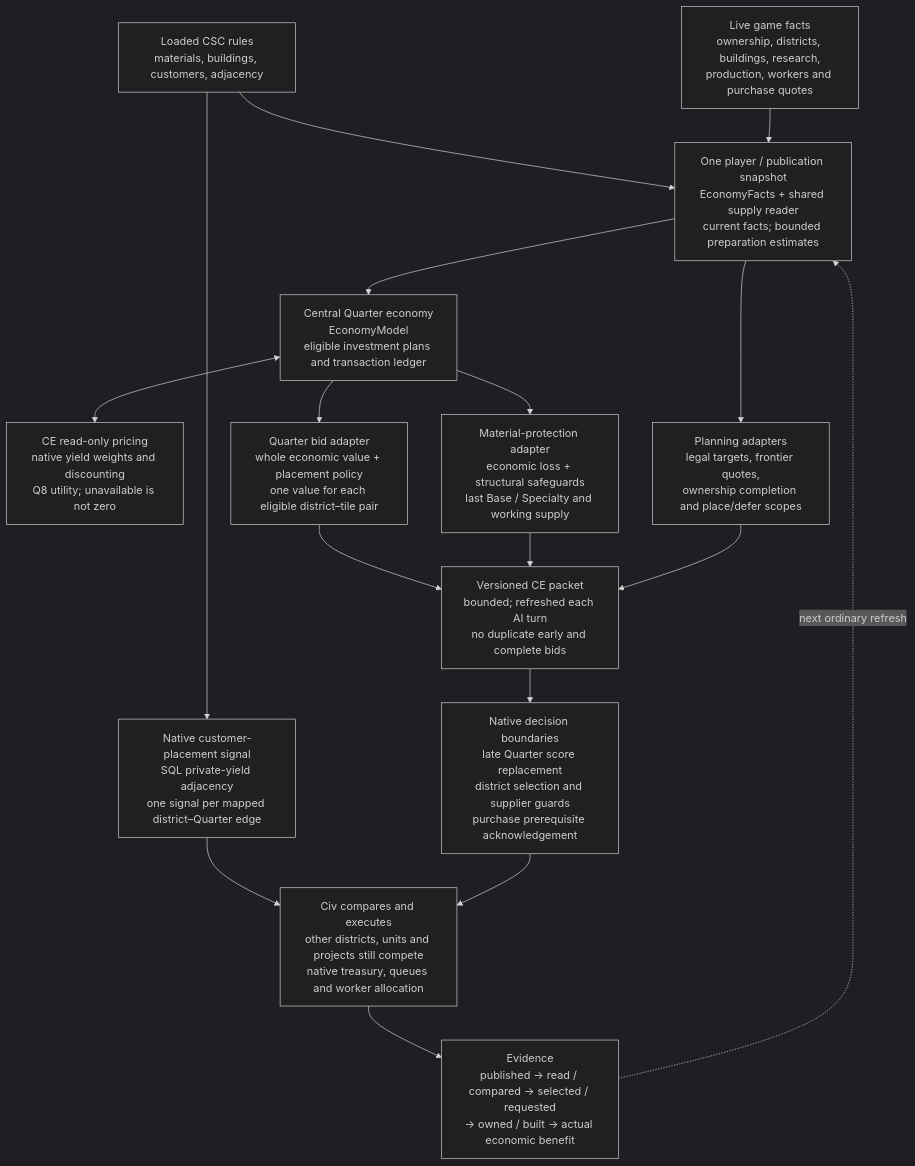
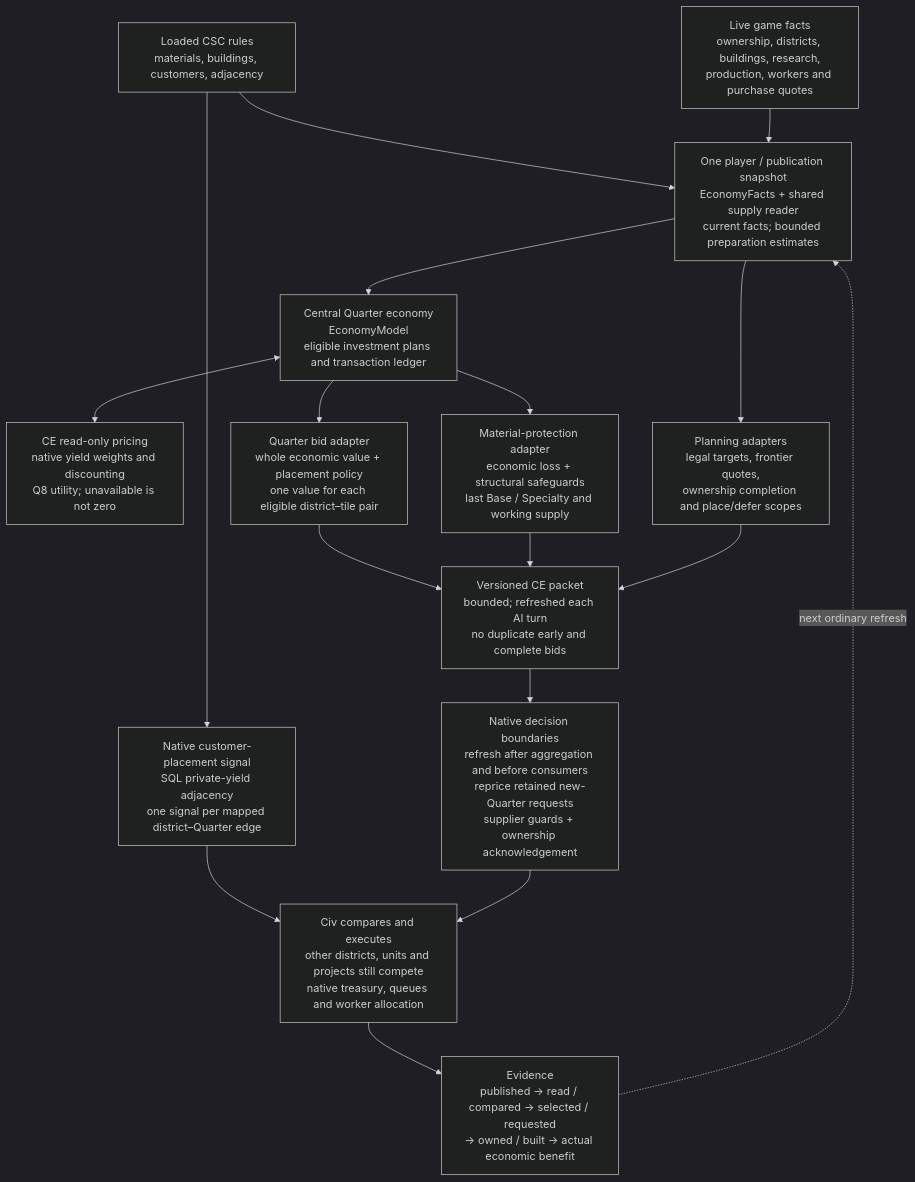
The diagram in project/docs/civ6-ai/architecture.md (hennogous/Henno-Mods), drawn with Mermaid (dark theme) before and after one commit. The commit also changed other lines of this file and 21 other files, not shown here.

Commit message:
Own Quarter site bids across native planning consumers

````diff
--- a/project/docs/civ6-ai/architecture.md
+++ b/project/docs/civ6-ai/architecture.md
@@ -20,32 +23,32 @@
 ```mermaid
 flowchart TD
     DB["Loaded CSC rules<br/>materials, buildings, customers, adjacency"]
     LIVE["Live game facts<br/>ownership, districts, buildings, research,<br/>production, workers and purchase quotes"]
     FACTS["One player / publication snapshot<br/>EconomyFacts + shared supply reader<br/>current facts; bounded preparation estimates"]
     MODEL["Central Quarter economy<br/>EconomyModel<br/>eligible investment plans and transaction ledger"]
     PRICE["CE read-only pricing<br/>native yield weights and discounting<br/>Q8 utility; unavailable is not zero"]
     SITE["Quarter bid adapter<br/>whole economic value + placement policy<br/>one value for each eligible district–tile pair"]
     PROTECT["Material-protection adapter<br/>economic loss + structural safeguards<br/>last Base / Specialty and working supply"]
     PLAN["Planning adapters<br/>legal targets, frontier quotes,<br/>ownership completion and place/defer scopes"]
     SQL["Native customer-placement signal<br/>SQL private-yield adjacency<br/>one signal per mapped district–Quarter edge"]
     PACKET["Versioned CE packet<br/>bounded; refreshed each AI turn<br/>no duplicate early and complete bids"]
-    CE["Native decision boundaries<br/>late Quarter score replacement<br/>district selection and supplier guards<br/>purchase prerequisite acknowledgement"]
+    CE["Native decision boundaries<br/>refresh after aggregation and before consumers<br/>reprice retained new-Quarter requests<br/>supplier guards + ownership acknowledgement"]
     CIV["Civ compares and executes<br/>other districts, units and projects still compete<br/>native treasury, queues and worker allocation"]
     OBS["Evidence<br/>published → read / compared → selected / requested<br/>→ owned / built → actual economic benefit"]
     DB --> FACTS
     LIVE --> FACTS
     FACTS --> MODEL
     MODEL <--> PRICE
     MODEL --> SITE
     MODEL --> PROTECT
     FACTS --> PLAN
     DB --> SQL
     SITE --> PACKET
     PROTECT --> PACKET
     PLAN --> PACKET
     PACKET --> CE
     SQL --> CIV
     CE --> CIV
     CIV --> OBS
     OBS -. "next ordinary refresh" .-> FACTS
 ```
````
